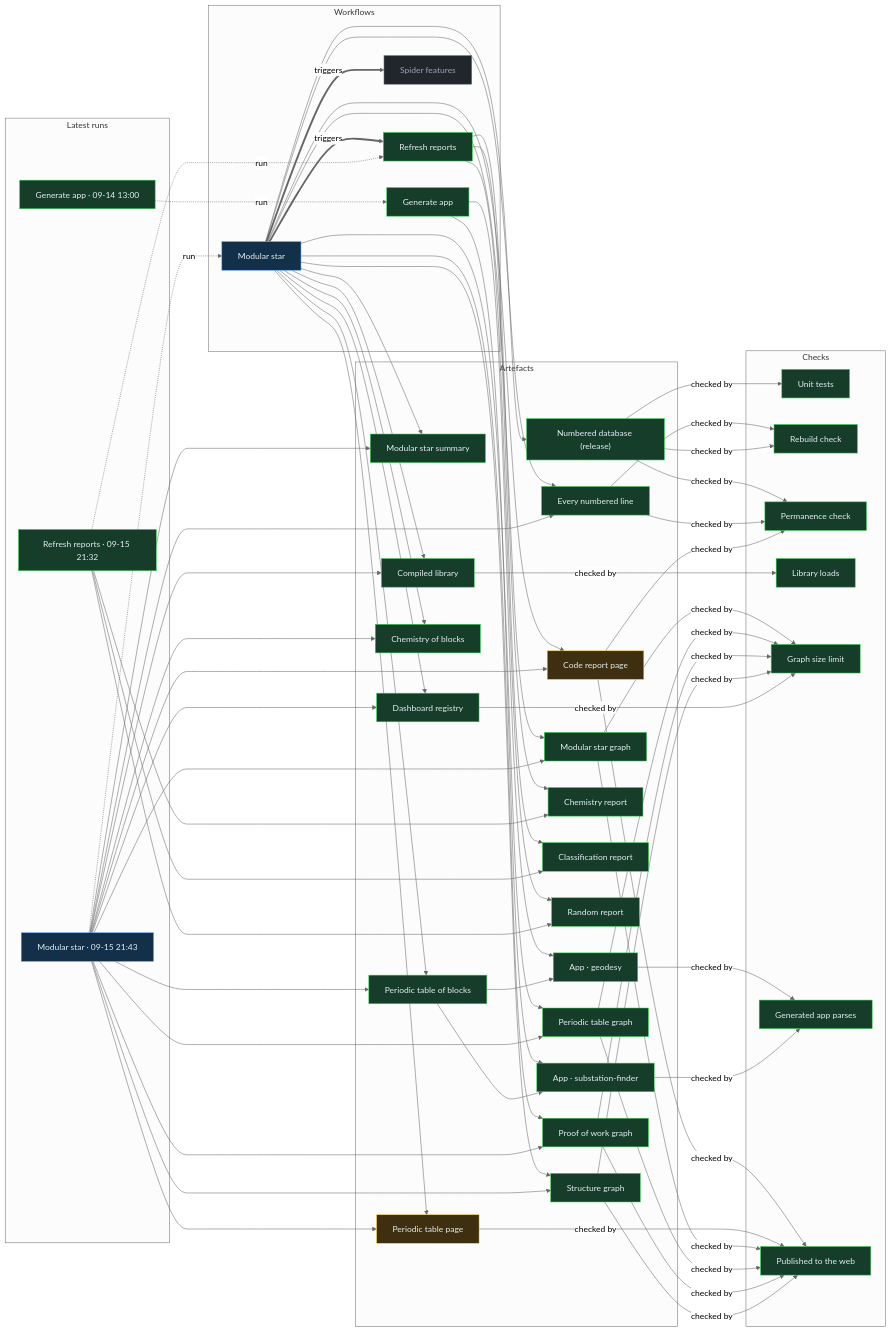
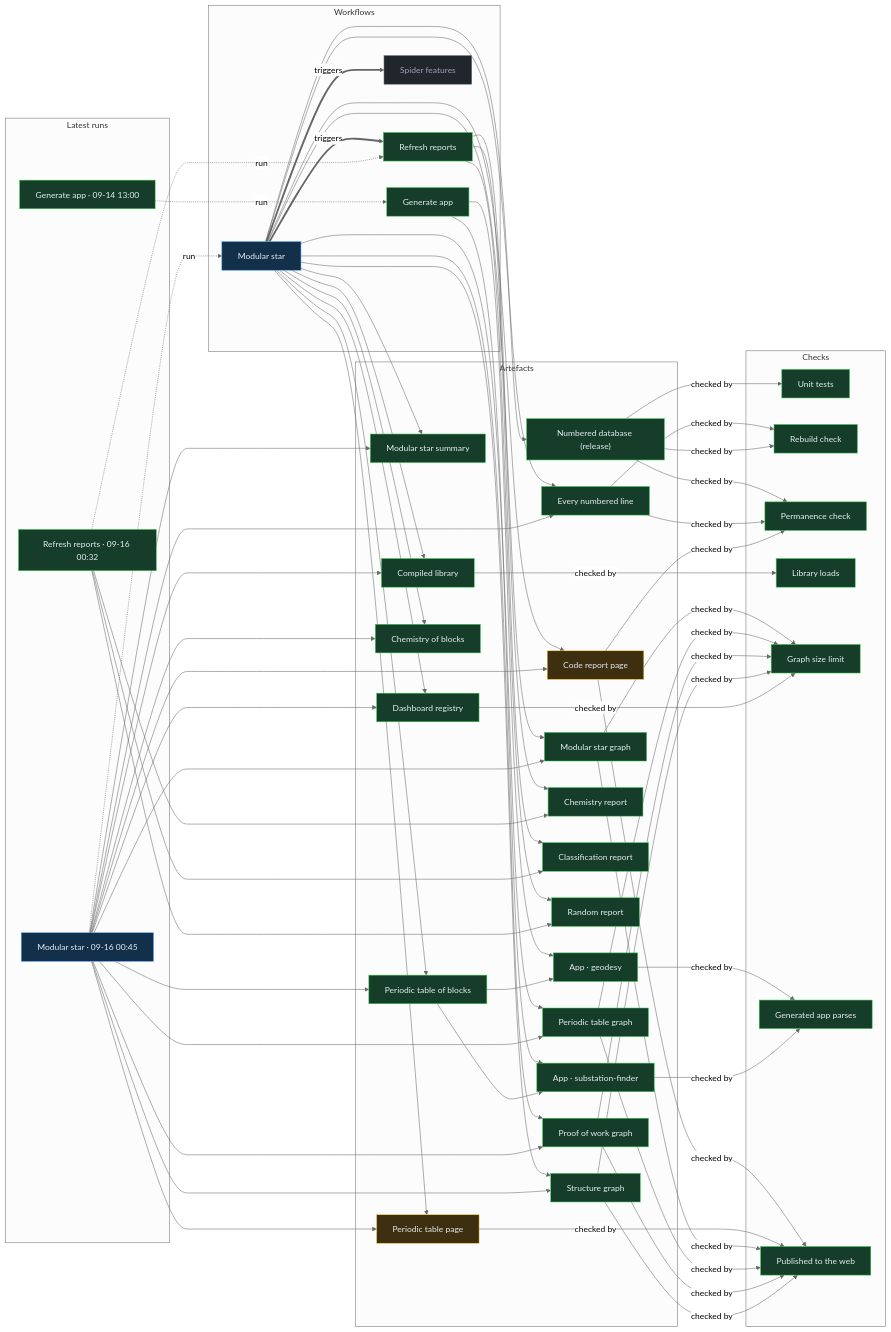
Before and after one commit to Ventusltd/stars: the diagram in proof/PROOF.md, drawn with Mermaid (neutral theme). The commit also changed other lines of this file and 105 other files, not shown here.

Commit message:
Modular star 2026-09-16T00:48Z

```diff
--- a/proof/PROOF.md
+++ b/proof/PROOF.md
@@ -24,8 +24,8 @@
   n_wf_spider_features["Spider features"]:::off
   end
   subgraph g_runs["Latest runs"]
-  n_run_35027199603["Modular star · 09-15 21:43"]:::live
-  n_run_35026171965["Refresh reports · 09-15 21:32"]:::ok
+  n_run_35041340760["Modular star · 09-16 00:45"]:::live
+  n_run_35040447776["Refresh reports · 09-16 00:32"]:::ok
   n_run_34846587798["Generate app · 09-14 13:00"]:::ok
   end
   subgraph g_artefacts["Artefacts"]
@@ -59,39 +59,39 @@
   end
   n_wf_modular_star == triggers ==> n_wf_refresh
   n_wf_modular_star == triggers ==> n_wf_spider_features
-  n_run_35027199603 -. run .-> n_wf_modular_star
-  n_run_35026171965 -. run .-> n_wf_refresh
+  n_run_35041340760 -. run .-> n_wf_modular_star
+  n_run_35040447776 -. run .-> n_wf_refresh
   n_run_34846587798 -. run .-> n_wf_generate
   n_wf_modular_star --> n_art_summary
-  n_run_35027199603 --> n_art_summary
+  n_run_35041340760 --> n_art_summary
   n_wf_modular_star --> n_art_lines
-  n_run_35027199603 --> n_art_lines
+  n_run_35041340760 --> n_art_lines
   n_wf_modular_star --> n_art_code
-  n_run_35027199603 --> n_art_code
+  n_run_35041340760 --> n_art_code
   n_wf_modular_star --> n_art_modular_graph
-  n_run_35027199603 --> n_art_modular_graph
+  n_run_35041340760 --> n_art_modular_graph
   n_wf_modular_star --> n_art_blocks
-  n_run_35027199603 --> n_art_blocks
+  n_run_35041340760 --> n_art_blocks
   n_wf_modular_star --> n_art_table
-  n_run_35027199603 --> n_art_table
+  n_run_35041340760 --> n_art_table
   n_wf_modular_star --> n_art_blocks_graph
-  n_run_35027199603 --> n_art_blocks_graph
+  n_run_35041340760 --> n_art_blocks_graph
   n_wf_modular_star --> n_art_reactions
-  n_run_35027199603 --> n_art_reactions
+  n_run_35041340760 --> n_art_reactions
   n_wf_modular_star --> n_art_library
-  n_run_35027199603 --> n_art_library
+  n_run_35041340760 --> n_art_library
   n_wf_modular_star --> n_art_features
-  n_run_35027199603 --> n_art_features
+  n_run_35041340760 --> n_art_features
   n_wf_modular_star --> n_art_proof
-  n_run_35027199603 --> n_art_proof
+  n_run_35041340760 --> n_art_proof
   n_wf_modular_star --> n_art_structure
-  n_run_35027199603 --> n_art_structure
+  n_run_35041340760 --> n_art_structure
   n_wf_refresh --> n_art_chemistry
-  n_run_35026171965 --> n_art_chemistry
+  n_run_35040447776 --> n_art_chemistry
   n_wf_refresh --> n_art_vedic
-  n_run_35026171965 --> n_art_vedic
+  n_run_35040447776 --> n_art_vedic
   n_wf_refresh --> n_art_random
-  n_run_35026171965 --> n_art_random
+  n_run_35040447776 --> n_art_random
   n_wf_modular_star --> n_art_release
   n_wf_generate --> n_app_geodesy
   n_art_blocks --> n_app_geodesy
```
